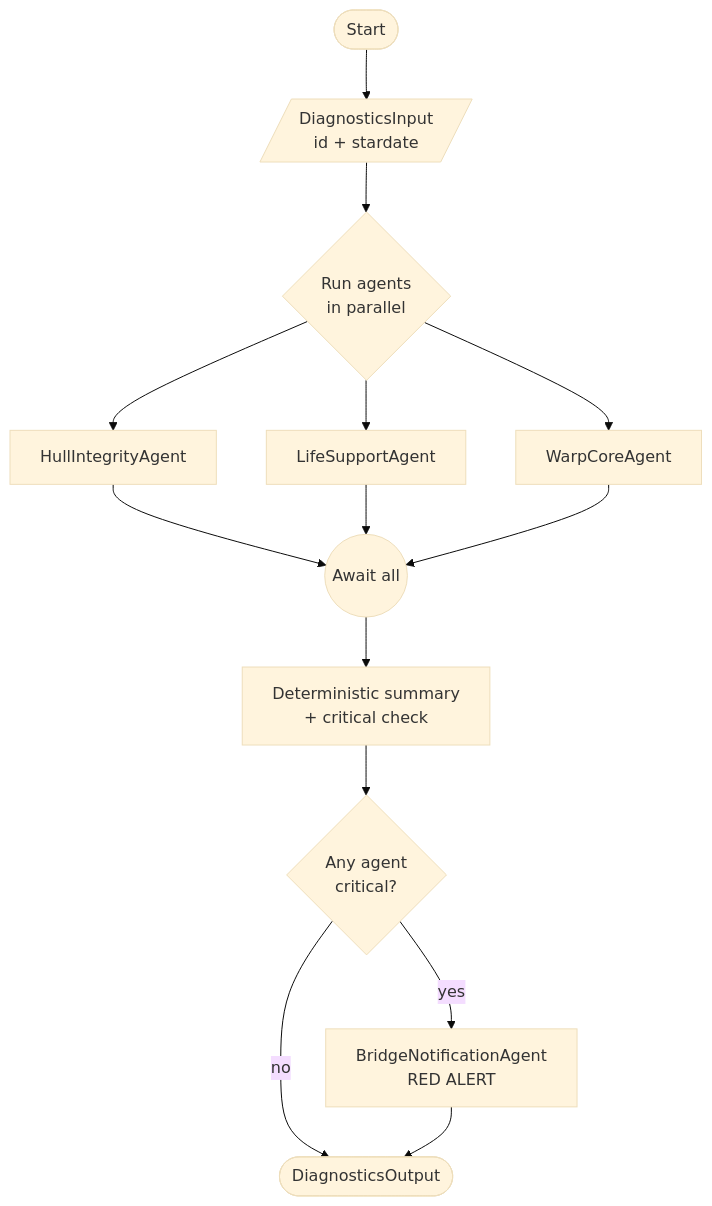
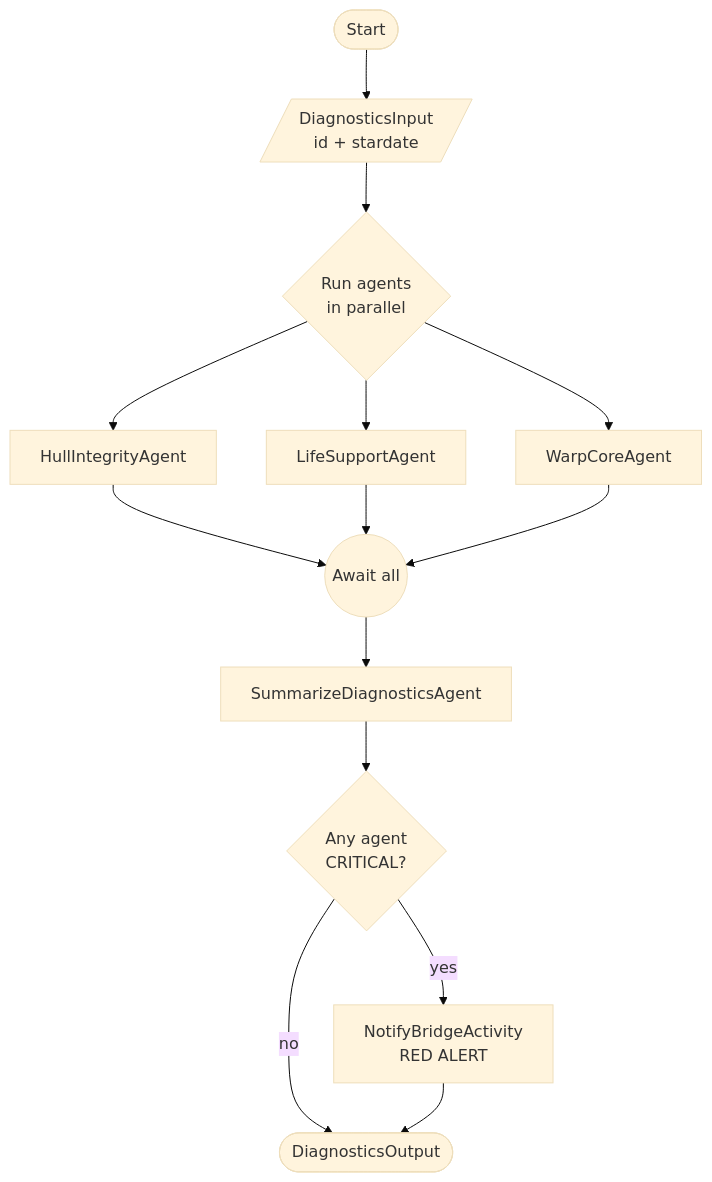
Before and after one commit to diagrid-labs/catalyst-aspire-maf: the diagram in README.md, drawn with Mermaid (base theme). The commit also changed other lines of this file and 5 other files, not shown here.

````diff
--- a/README.md
+++ b/README.md
@@ -37,16 +37,16 @@
 ```mermaid
 flowchart TD
     Start([Start]) --> Input[/DiagnosticsInput<br/>id + stardate/]
     Input --> Fan{Run agents<br/>in parallel}
     Fan --> Hull[HullIntegrityAgent]
     Fan --> Life[LifeSupportAgent]
     Fan --> Warp[WarpCoreAgent]
     Hull --> Join((Await all))
     Life --> Join
     Warp --> Join
-    Join --> Summary[Deterministic summary<br/>+ critical check]
-    Summary --> Critical{Any agent<br/>critical?}
-    Critical -->|yes| Notify[BridgeNotificationAgent<br/>RED ALERT]
+    Join --> Summary[SummarizeDiagnosticsAgent]
+    Summary --> Critical{Any agent<br/>CRITICAL?}
+    Critical -->|yes| Notify[NotifyBridgeActivity<br/>RED ALERT]
     Critical -->|no| Done
     Notify --> Done([DiagnosticsOutput])
 ```
````
